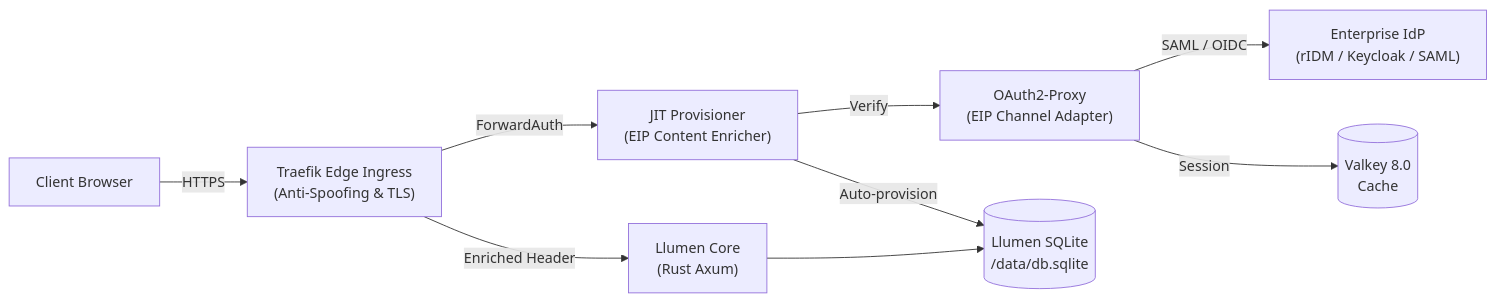
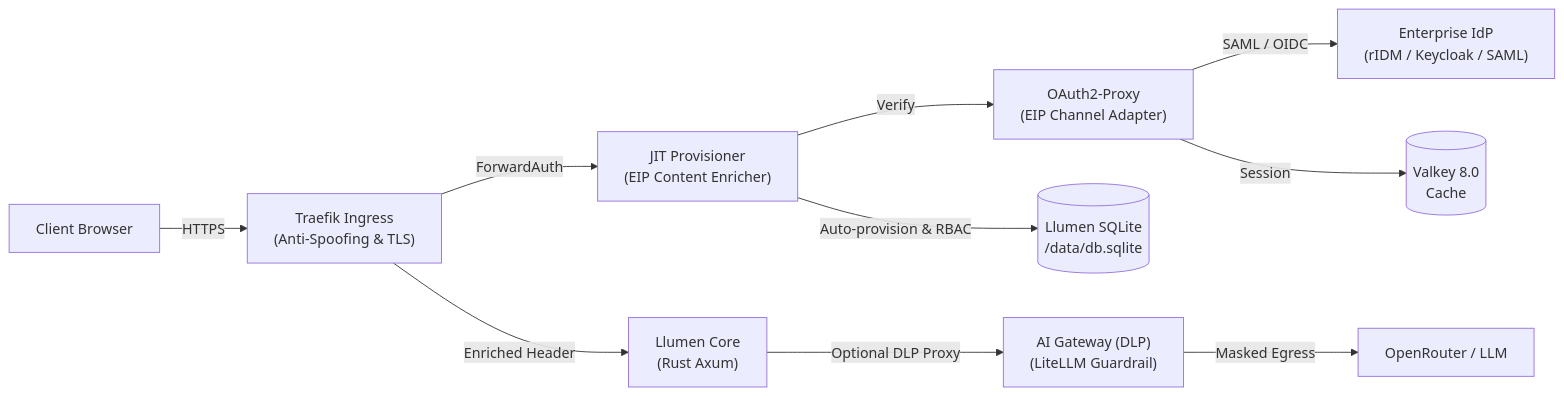
One commit to ipds6104/llumen-enterprise-stack changed the diagram in README.md. Above: the diagram before and after it, drawn with Mermaid. The commit also changed other lines of this file and 21 other files, not shown here.

Commit message:
feat(security): CISO controls, AI Gateway DLP guardrails, RBAC filtering, SIEM auditing, and SOC revocation tools

````diff
--- a/README.md
+++ b/README.md
@@ -26,11 +28,12 @@
 ```mermaid
 flowchart LR
-    Browser["Client Browser"] -->|HTTPS| Traefik["Traefik Edge Ingress\n(Anti-Spoofing & TLS)"]
+    Browser["Client Browser"] -->|HTTPS| Traefik["Traefik Ingress\n(Anti-Spoofing & TLS)"]
     Traefik -->|ForwardAuth| JIT["JIT Provisioner\n(EIP Content Enricher)"]
     JIT -->|Verify| OAuth["OAuth2-Proxy\n(EIP Channel Adapter)"]
     OAuth -->|SAML / OIDC| IdP["Enterprise IdP\n(rIDM / Keycloak / SAML)"]
     OAuth -->|Session| Valkey[("Valkey 8.0\nCache")]
-    JIT -->|Auto-provision| SQLite[("Llumen SQLite\n/data/db.sqlite")]
+    JIT -->|Auto-provision & RBAC| SQLite[("Llumen SQLite\n/data/db.sqlite")]
     Traefik -->|Enriched Header| Llumen["Llumen Core\n(Rust Axum)"]
-    Llumen --> SQLite
+    Llumen -->|Optional DLP Proxy| Gateway["AI Gateway (DLP)\n(LiteLLM Guardrail)"]
+    Gateway -->|Masked Egress| CloudLLM["OpenRouter / LLM"]
 ```
````
